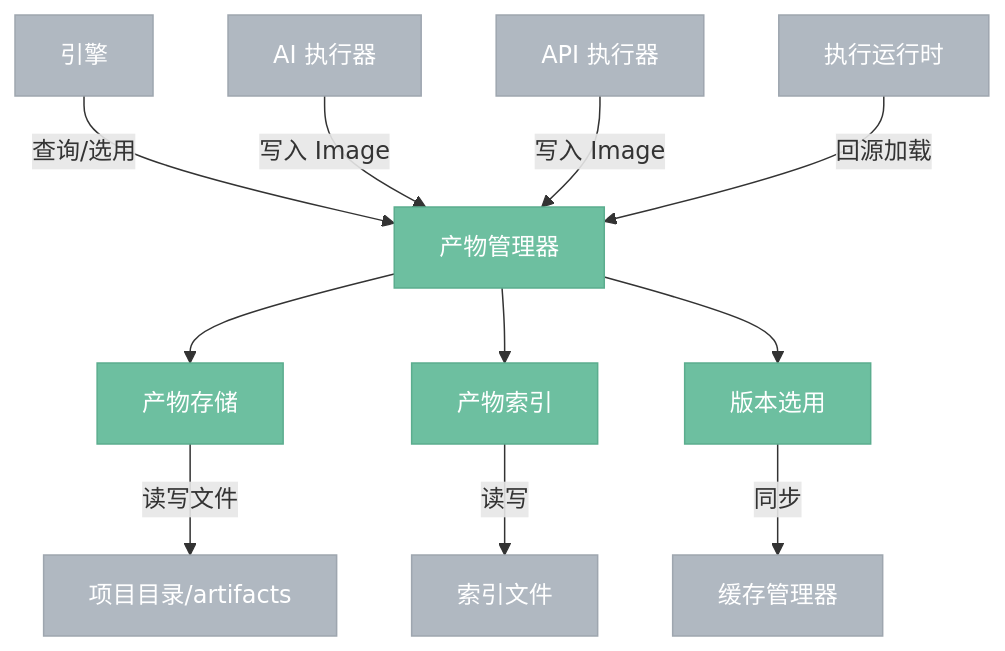
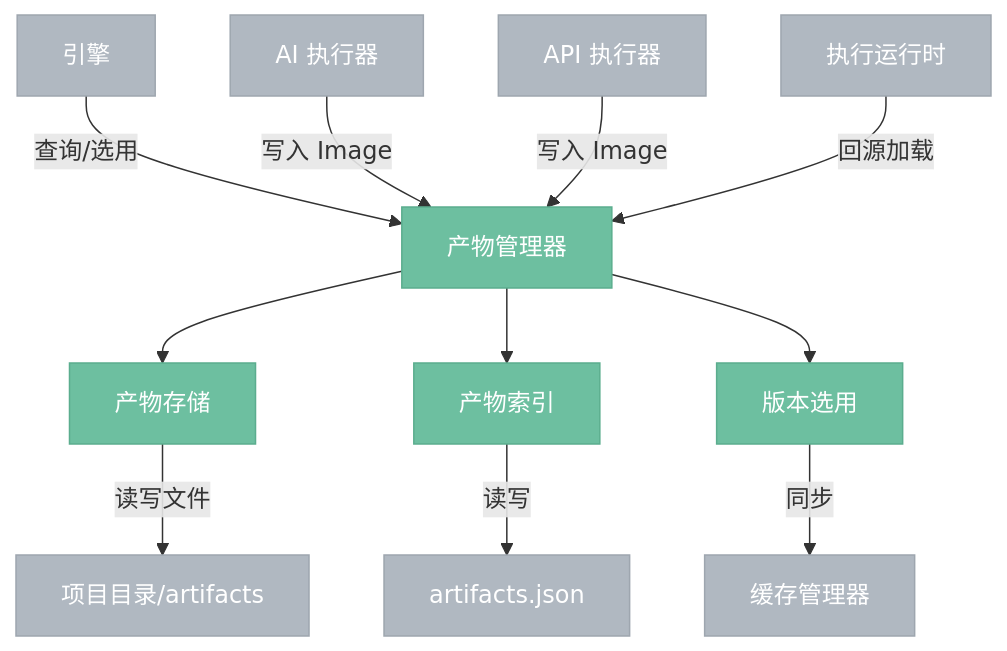
One commit to aporicho/nodeimg changed the first of 6 diagrams in docs/targetv3/406-artifact.md. Above: the diagram before and after it, drawn with Mermaid. The commit also changed other lines of this file and 6 other files, not shown here.

````diff
--- a/docs/targetv3/406-artifact.md
+++ b/docs/targetv3/406-artifact.md
@@ -7,19 +7,19 @@
 ```mermaid
 %%{ init: { 'flowchart': { 'curve': 'basis' } } }%%
 flowchart TB
     classDef internal fill:#6DBFA0,stroke:#5BAD8E,color:#fff
     classDef external fill:#B0B8C1,stroke:#9EA6AF,color:#fff
 
     引擎["引擎"]:::external -->|"查询/选用"| 产物管理器["产物管理器"]:::internal
     AI执行器["AI 执行器"]:::external -->|"写入 Image"| 产物管理器
     API执行器["API 执行器"]:::external -->|"写入 Image"| 产物管理器
     运行时["执行运行时"]:::external -->|"回源加载"| 产物管理器
 
     产物管理器 --> 存储["产物存储"]:::internal
     产物管理器 --> 索引["产物索引"]:::internal
     产物管理器 --> 选用["版本选用"]:::internal
 
     存储 -->|"读写文件"| 磁盘["项目目录/artifacts"]:::external
-    索引 -->|"读写"| 索引文件["索引文件"]:::external
+    索引 -->|"读写"| 索引文件["artifacts.json"]:::external
     选用 -->|"同步"| 缓存["缓存管理器"]:::external
 ```
````
